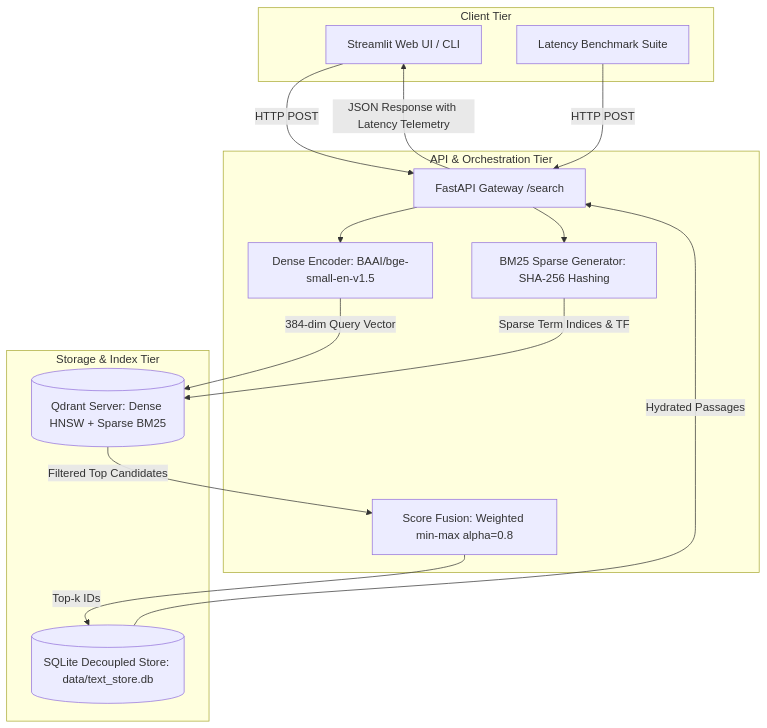
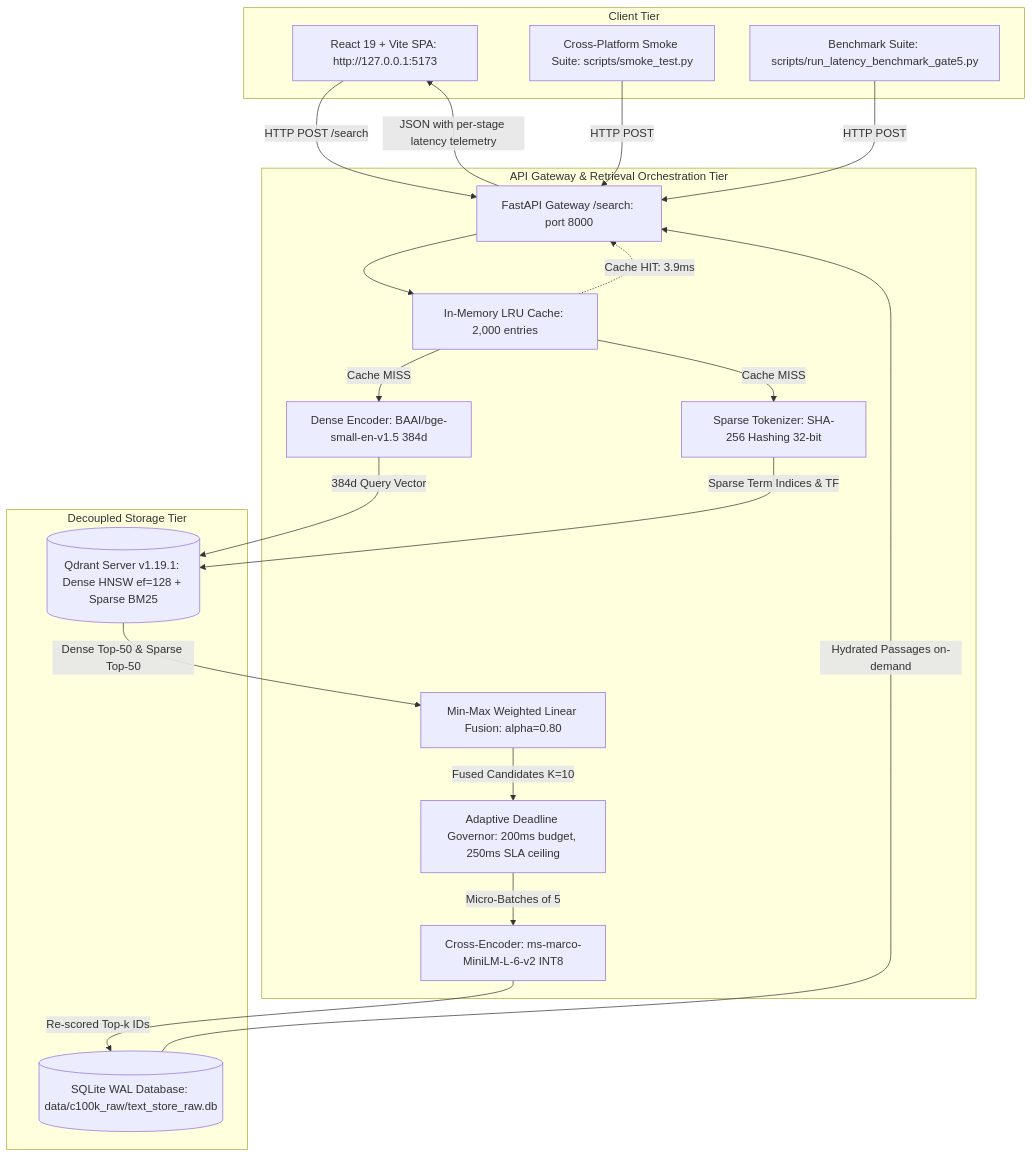
One commit to manish-83-ops/PRISM-X changed the diagram in README.md. Above: the diagram before and after it, drawn with Mermaid. The commit also changed other lines of this file and 90 other files, not shown here.

````diff
--- a/README.md
+++ b/README.md
@@ -15,30 +16,42 @@
 ```mermaid
 graph TD
     subgraph Client Tier
-        UI[Streamlit Web UI / CLI]
-        Bench[Latency Benchmark Suite]
+        WebUI[React 19 + Vite SPA: http://127.0.0.1:5173]
+        Smoke[Cross-Platform Smoke Suite: scripts/smoke_test.py]
+        Bench[Benchmark Suite: scripts/run_latency_benchmark_gate5.py]
     end
 
-    subgraph API & Orchestration Tier
-        FastAPI[FastAPI Gateway /search]
-        DenseEnc[Dense Encoder: BAAI/bge-small-en-v1.5]
-        SparseTokenizer[BM25 Sparse Generator: SHA-256 Hashing]
-        Fusion[Score Fusion: Weighted min-max alpha=0.8]
+    subgraph API Gateway & Retrieval Orchestration Tier
+        FastAPI[FastAPI Gateway /search: port 8000]
+        LRUCache[In-Memory LRU Cache: 2,000 entries]
+        DenseEnc[Dense Encoder: BAAI/bge-small-en-v1.5 384d]
+        SparseGen[Sparse Tokenizer: SHA-256 Hashing 32-bit]
+        FusionEngine[Min-Max Weighted Linear Fusion: alpha=0.80]
+        Governor[Adaptive Deadline Governor: 200ms budget, 250ms SLA ceiling]
+        Reranker[Cross-Encoder: ms-marco-MiniLM-L-6-v2 INT8]
     end
 
-    subgraph Storage & Index Tier
-        Qdrant[(Qdrant Server: Dense HNSW + Sparse BM25)]
-        SQLite[(SQLite Decoupled Store: data/text_store.db)]
+    subgraph Decoupled Storage Tier
+        Qdrant[(Qdrant Server v1.19.1: Dense HNSW ef=128 + Sparse BM25)]
+        SQLite[(SQLite WAL Database: data/c100k_raw/text_store_raw.db)]
     end
 
-    UI -->|HTTP POST| FastAPI
+    WebUI -->|HTTP POST /search| FastAPI
+    Smoke -->|HTTP POST| FastAPI
     Bench -->|HTTP POST| FastAPI
-    FastAPI --> DenseEnc
-    FastAPI --> SparseTokenizer
-    DenseEnc -->|384-dim Query Vector| Qdrant
-    SparseTokenizer -->|Sparse Term Indices & TF| Qdrant
-    Qdrant -->|Filtered Top Candidates| Fusion
-    Fusion -->|Top-k IDs| SQLite
-    SQLite -->|Hydrated Passages| FastAPI
-    FastAPI -->|JSON Response with Latency Telemetry| UI
+
+    FastAPI --> LRUCache
+    LRUCache -.->|Cache HIT: 3.9ms| FastAPI
+    LRUCache -->|Cache MISS| DenseEnc
+    LRUCache -->|Cache MISS| SparseGen
+
+    DenseEnc -->|384d Query Vector| Qdrant
+    SparseGen -->|Sparse Term Indices & TF| Qdrant
+
+    Qdrant -->|Dense Top-50 & Sparse Top-50| FusionEngine
+    FusionEngine -->|Fused Candidates K=10| Governor
+    Governor -->|Micro-Batches of 5| Reranker
+    Reranker -->|Re-scored Top-k IDs| SQLite
+    SQLite -->|Hydrated Passages on-demand| FastAPI
+    FastAPI -->|JSON with per-stage latency telemetry| WebUI
 ```
````
